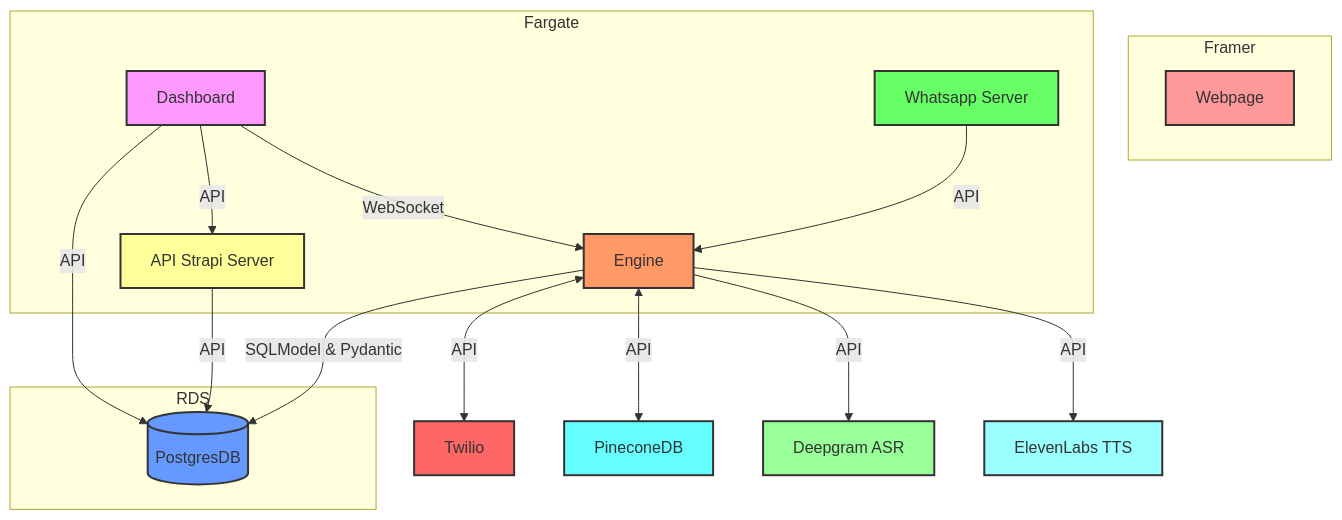
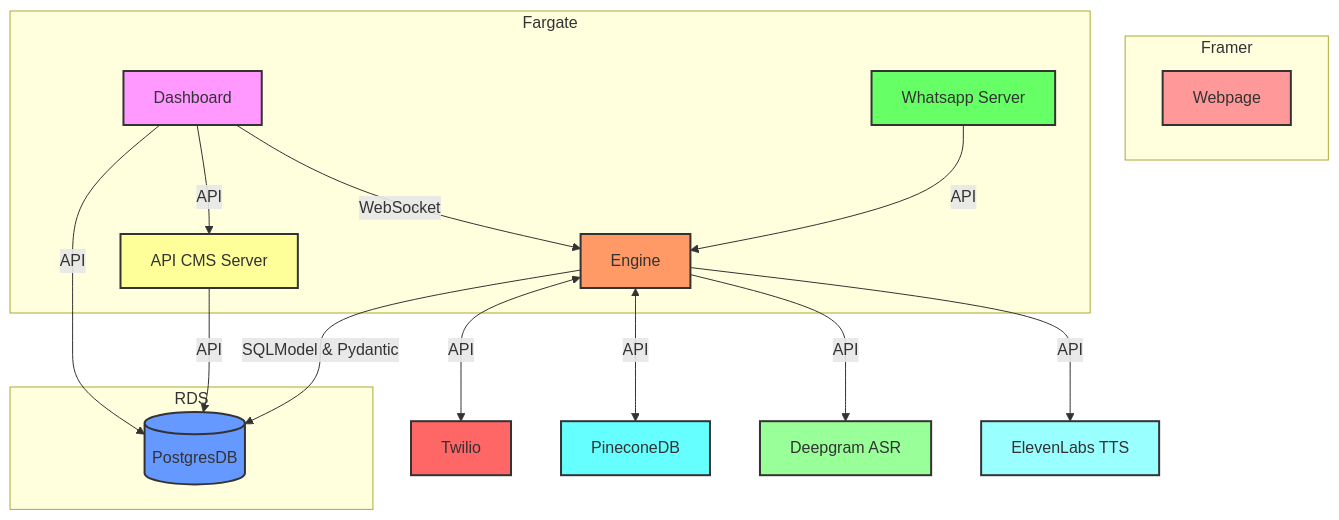
The diagram in profile/README.md (fenix-black/.github), drawn with Mermaid before and after one commit.

Commit message:
- updated diagram

````diff
--- a/profile/README.md
+++ b/profile/README.md
@@ -39,39 +39,39 @@
 ```mermaid
 graph TD
     subgraph Framer
         Webpage[Webpage]
     end
 
     subgraph Fargate
         Dashboard[Dashboard]
-        API_Strapi_Server[API Strapi Server]
+        API_Strapi_Server[API CMS Server]
         Engine[Engine]
         WhatsappServer[Whatsapp Server]
     end
 
     subgraph RDS
         PostgresDB[(PostgresDB)]
     end
 
     Dashboard -->|API| PostgresDB
     Dashboard -->|API| API_Strapi_Server
     Dashboard -->|WebSocket| Engine
     Engine -->|SQLModel & Pydantic| PostgresDB
     WhatsappServer -->|API| Engine
     Engine <-->|API| Twilio
     Engine <-->|API| PineconeDB
     Engine -->|API| Deepgram[Deepgram ASR]
     Engine -->|API| ElevenLabs[ElevenLabs TTS]
     API_Strapi_Server -->|API| PostgresDB
 
     style Dashboard fill:#f9f,stroke:#333,stroke-width:2px;
     style Engine fill:#f96,stroke:#333,stroke-width:2px;
     style PostgresDB fill:#69f,stroke:#333,stroke-width:2px;
     style WhatsappServer fill:#6f6,stroke:#333,stroke-width:2px;
     style Webpage fill:#f99,stroke:#333,stroke-width:2px;
     style API_Strapi_Server fill:#ff9,stroke:#333,stroke-width:2px;
     style Twilio fill:#f66,stroke:#333,stroke-width:2px;
     style PineconeDB fill:#6ff,stroke:#333,stroke-width:2px;
     style Deepgram fill:#9f9,stroke:#333,stroke-width:2px;
     style ElevenLabs fill:#9ff,stroke:#333,stroke-width:2px;
 ```
````
